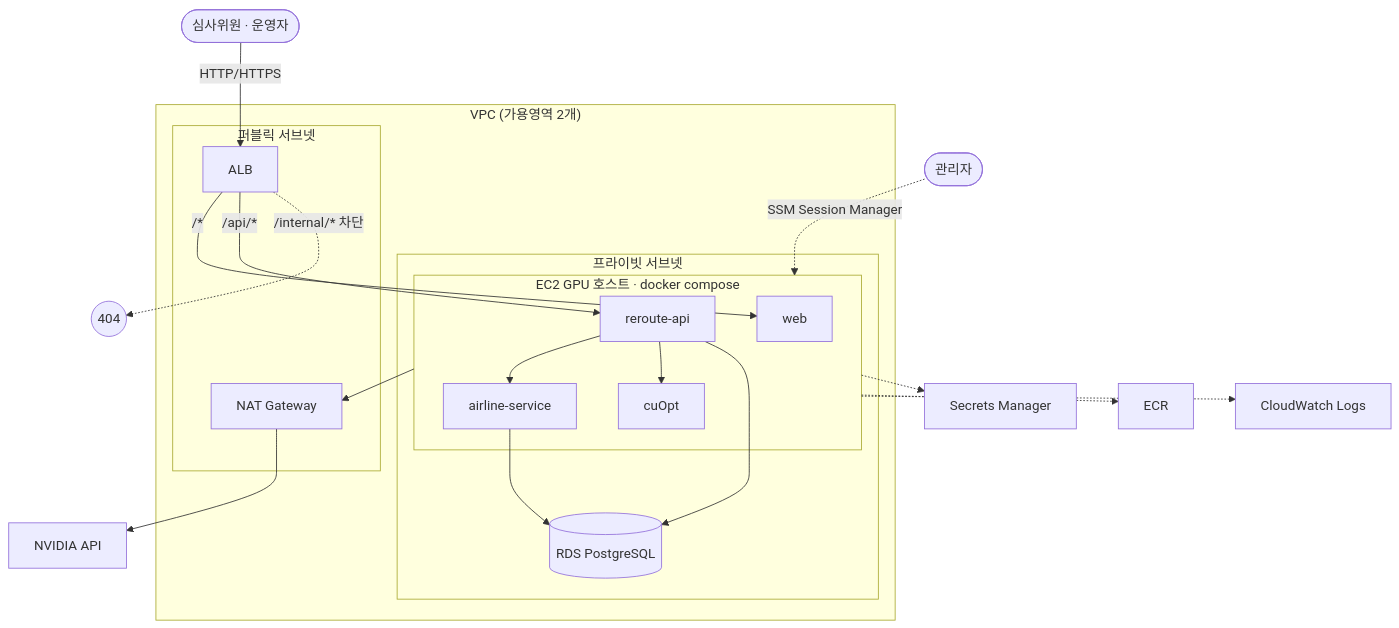
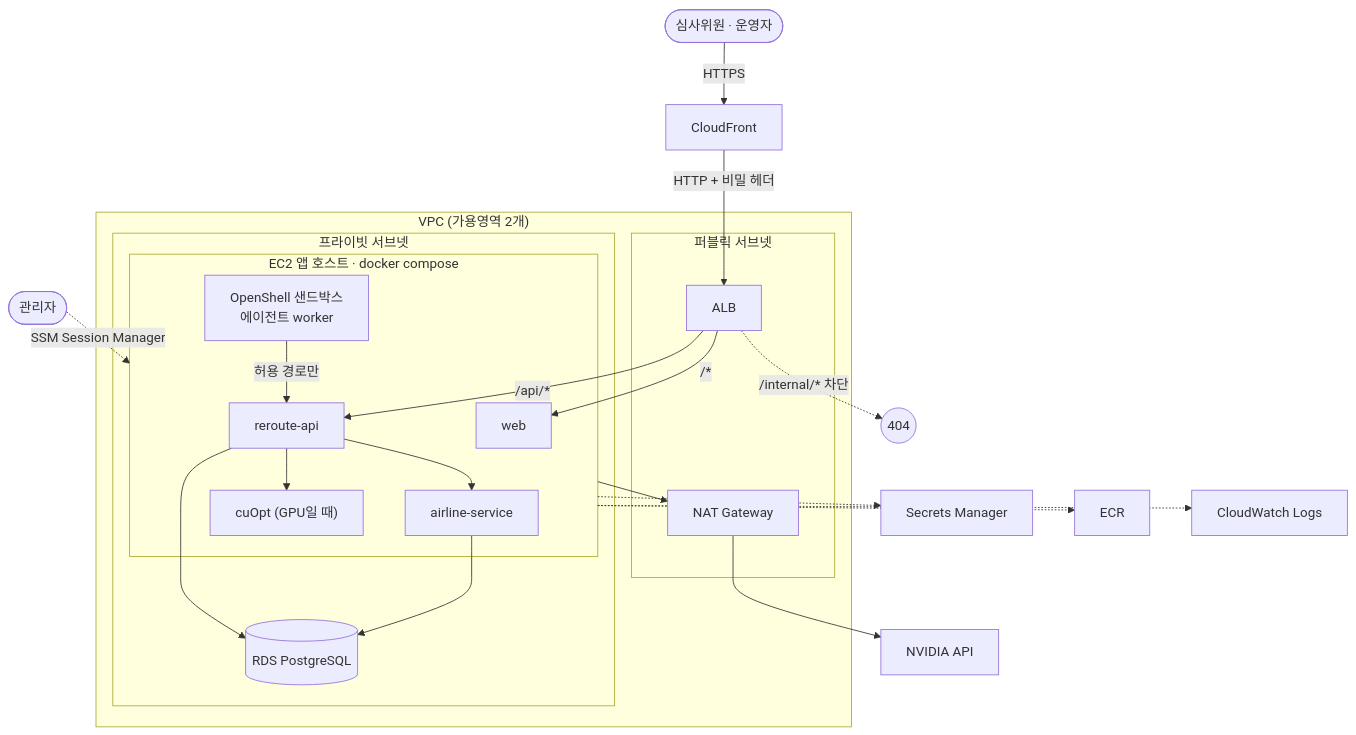
The seventh of 7 diagrams in docs/architecture.md (hyunolike/reroute-irops-agent), drawn with Mermaid before and after one commit. The commit also changed other lines of this file and 6 other files, not shown here.

````diff
--- a/docs/architecture.md
+++ b/docs/architecture.md
@@ -212,31 +212,34 @@
 ```mermaid
 flowchart TB
-    user([심사위원 · 운영자]) -->|"HTTP/HTTPS"| alb
+    user([심사위원 · 운영자]) -->|"HTTPS"| cf["CloudFront"]
+    cf -->|"HTTP + 비밀 헤더"| alb
     admin([관리자]) -.->|"SSM Session Manager"| ec2
     subgraph vpc["VPC (가용영역 2개)"]
         subgraph pub["퍼블릭 서브넷"]
             alb["ALB"]
             nat["NAT Gateway"]
         end
         subgraph priv["프라이빗 서브넷"]
-            subgraph ec2["EC2 GPU 호스트 · docker compose"]
+            subgraph ec2["EC2 앱 호스트 · docker compose"]
                 web["web"]
                 api["reroute-api"]
                 air["airline-service"]
-                cu["cuOpt"]
+                cu["cuOpt (GPU일 때)"]
+                sb["OpenShell 샌드박스<br/>에이전트 worker"]
             end
             rds[("RDS PostgreSQL")]
         end
     end
     alb -->|"/*"| web
     alb -->|"/api/*"| api
     alb -.->|"/internal/* 차단"| blk(("404"))
     api --> air
     api --> cu
     api --> rds
     air --> rds
+    sb -->|"허용 경로만"| api
     ec2 --> nat --> nim["NVIDIA API"]
     ec2 -.-> sm["Secrets Manager"]
     ec2 -.-> ecr["ECR"]
     ec2 -.-> cw["CloudWatch Logs"]
 ```
````
